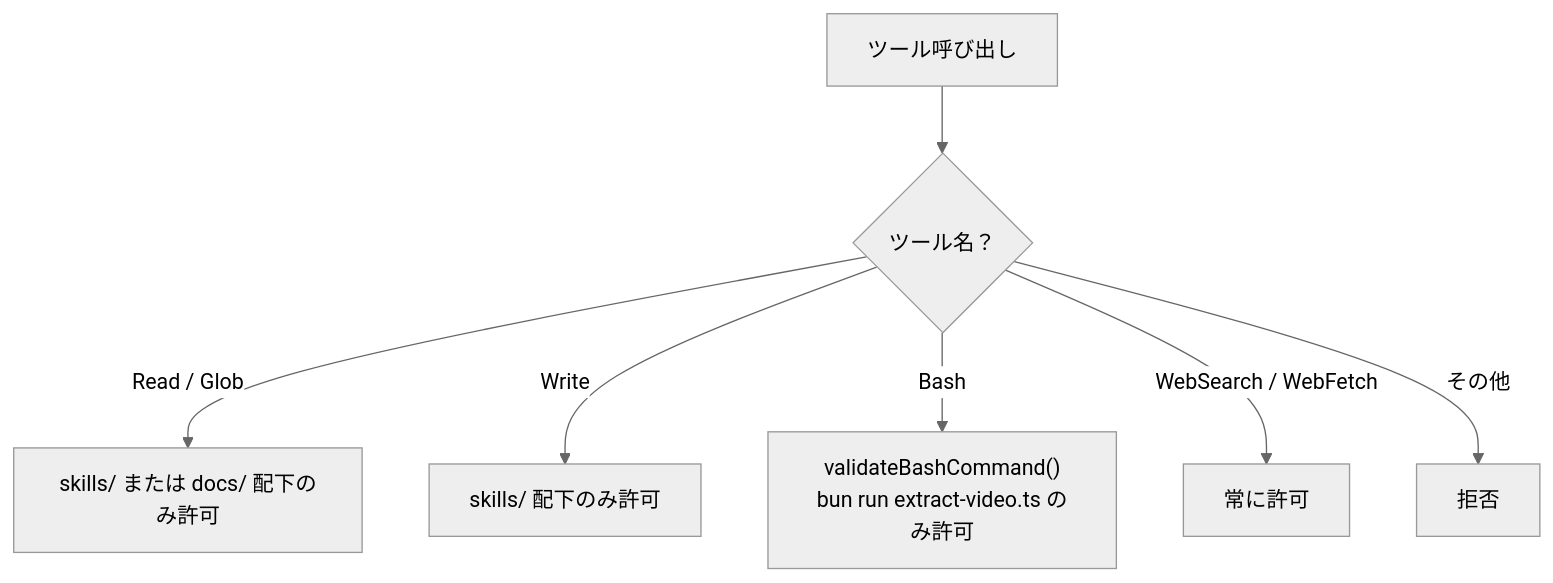
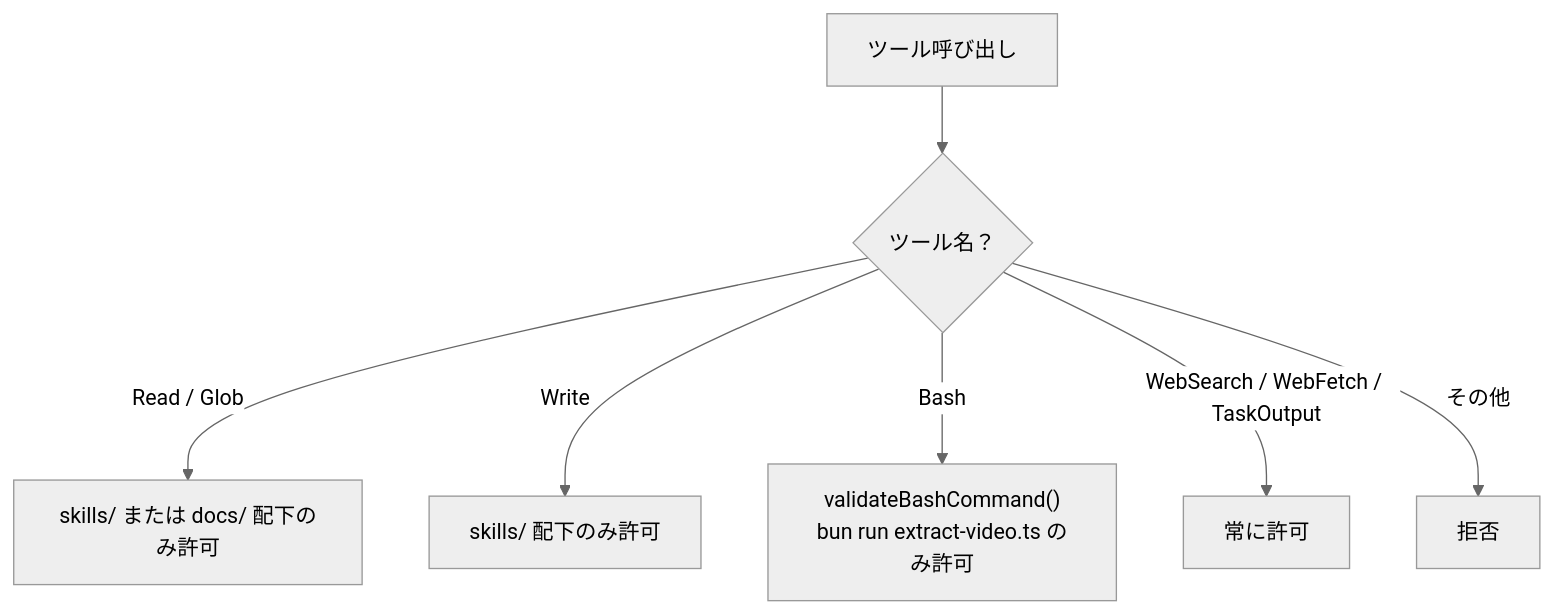
Diagram 12 of 18 in packages/core/docs/reading-guide.md (yukaorange/dcc_suport), drawn with Mermaid (neutral theme) before and after one commit. The commit also changed other lines of this file and 5 other files, not shown here.

````diff
--- a/packages/core/docs/reading-guide.md
+++ b/packages/core/docs/reading-guide.md
@@ -409,9 +409,9 @@
 ```mermaid
 flowchart TD
     A["ツール呼び出し"] --> B{ツール名？}
     B -->|"Read / Glob"| C["skills/ または docs/ 配下のみ許可"]
     B -->|"Write"| D["skills/ 配下のみ許可"]
     B -->|"Bash"| E["validateBashCommand()\nbun run extract-video.ts のみ許可"]
-    B -->|"WebSearch / WebFetch"| F["常に許可"]
+    B -->|"WebSearch / WebFetch / TaskOutput"| F["常に許可"]
     B -->|"その他"| G["拒否"]
 ```
````
